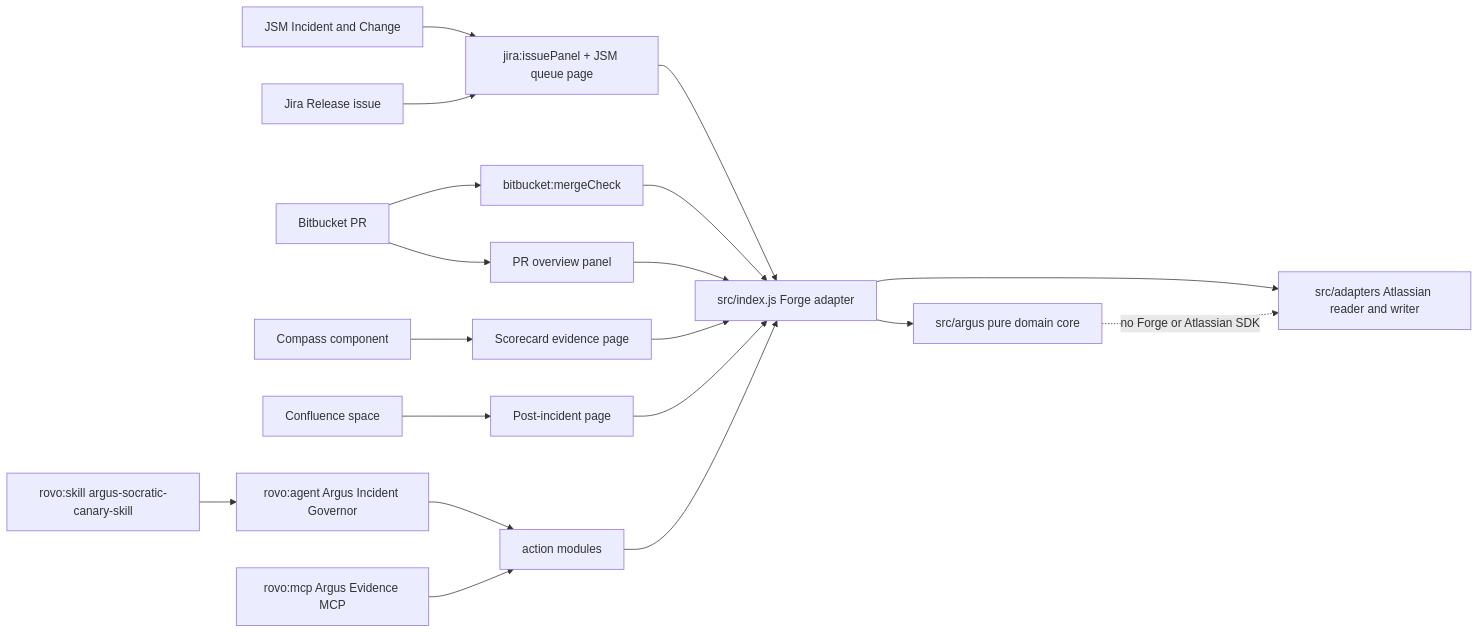
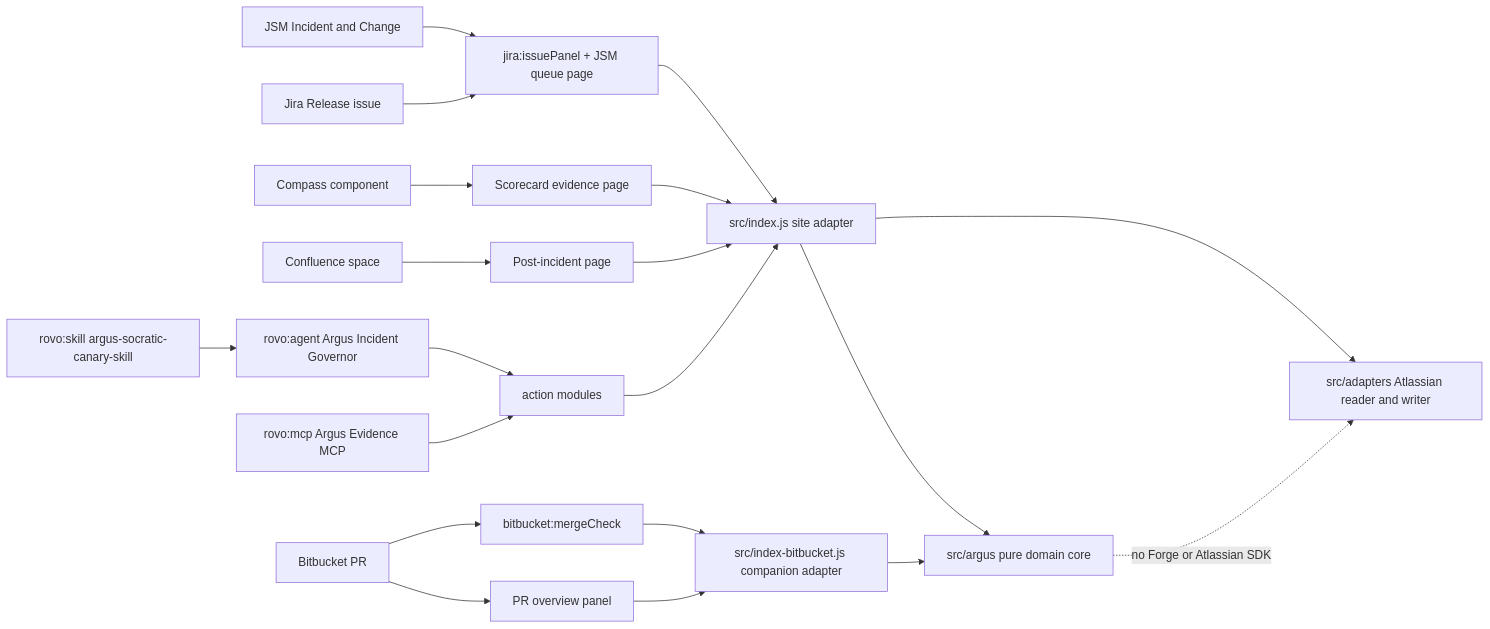
Before and after one commit to upgradedev/argus-atlassian: the first of 2 diagrams in README.md, drawn with Mermaid. The commit also changed other lines of this file and 14 other files, not shown here.

Commit message:
fix(forge): split Bitbucket into a companion app for real lint

````diff
--- a/README.md
+++ b/README.md
@@ -92,21 +92,22 @@
 ```mermaid
 flowchart LR
   JSM[JSM Incident and Change] --> Panel[jira:issuePanel + JSM queue page]
   Jira[Jira Release issue] --> Panel
   BB[Bitbucket PR] --> Merge[bitbucket:mergeCheck]
   BB --> PRPanel[PR overview panel]
   Compass[Compass component] --> CPage[Scorecard evidence page]
   Conf[Confluence space] --> PIR[Post-incident page]
-  Panel --> Adapter[src/index.js Forge adapter]
-  Merge --> Adapter
-  PRPanel --> Adapter
+  Panel --> Adapter[src/index.js site adapter]
+  Merge --> BBAdapter[src/index-bitbucket.js companion adapter]
+  PRPanel --> BBAdapter
   CPage --> Adapter
   PIR --> Adapter
   Agent[rovo:agent Argus Incident Governor] --> Actions[action modules]
   MCP[rovo:mcp Argus Evidence MCP] --> Actions
   Skill[rovo:skill argus-socratic-canary-skill] --> Agent
   Actions --> Adapter
   Adapter --> Core[src/argus pure domain core]
+  BBAdapter --> Core
   Adapter --> Atl[src/adapters Atlassian reader and writer]
   Core -. no Forge or Atlassian SDK .-> Atl
 ```
````
